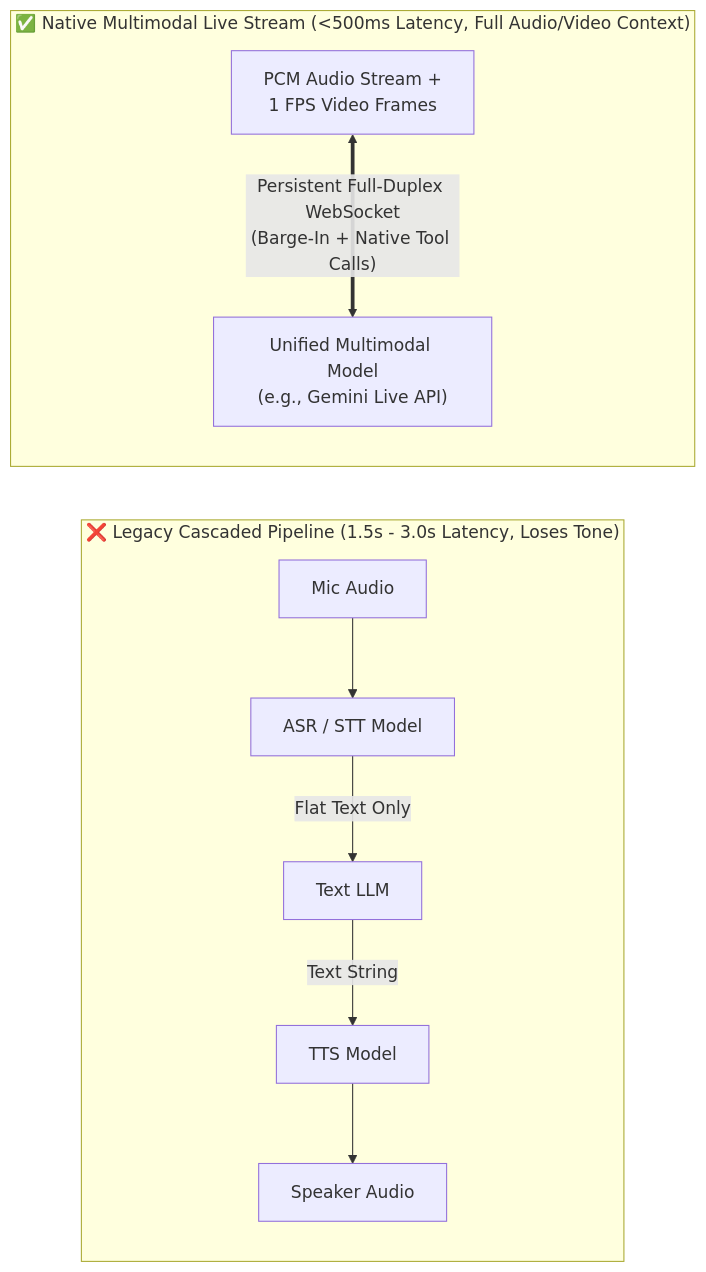
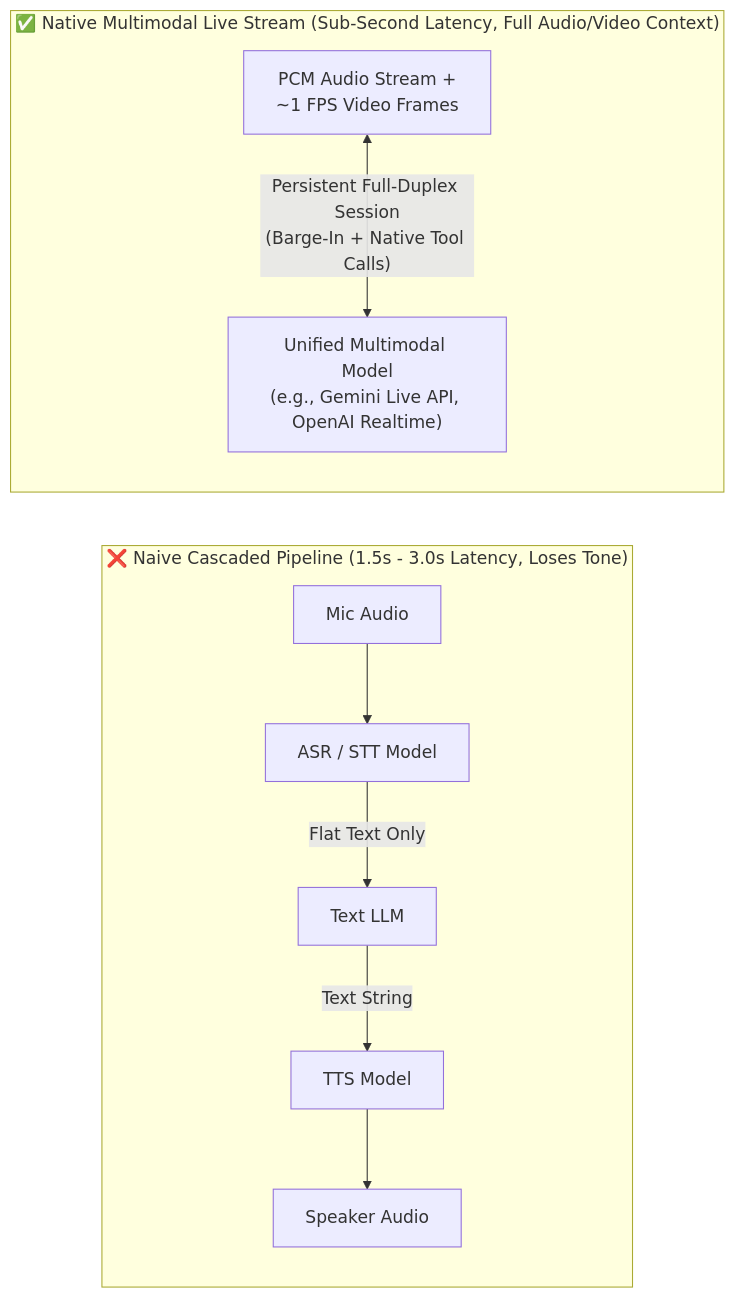
The first of 2 diagrams in chapter-14-multimodal-computer-use-and-streaming-agents.md (Rajdipc/agentic-ai-orchestration-patterns), drawn with Mermaid before and after one commit. The commit also changed other lines of this file and 18 other files, not shown here.

````diff
--- a/chapter-14-multimodal-computer-use-and-streaming-agents.md
+++ b/chapter-14-multimodal-computer-use-and-streaming-agents.md
@@ -28,13 +31,13 @@
 ```mermaid
 flowchart LR
-    subgraph Cascaded["❌ Legacy Cascaded Pipeline (1.5s - 3.0s Latency, Loses Tone)"]
+    subgraph Cascaded["❌ Naive Cascaded Pipeline (1.5s - 3.0s Latency, Loses Tone)"]
         A1["Mic Audio"] --> STT["ASR / STT Model"]
         STT -- "Flat Text Only" --> TLLM["Text LLM"]
         TLLM -- "Text String" --> TTS["TTS Model"]
         TTS --> Out1["Speaker Audio"]
     end
 
-    subgraph NativeLive["✅ Native Multimodal Live Stream (<500ms Latency, Full Audio/Video Context)"]
-        M1["PCM Audio Stream +\n1 FPS Video Frames"] <== "Persistent Full-Duplex WebSocket\n(Barge-In + Native Tool Calls)" ==> Live["Unified Multimodal Model\n(e.g., Gemini Live API)"]
+    subgraph NativeLive["✅ Native Multimodal Live Stream (Sub-Second Latency, Full Audio/Video Context)"]
+        M1["PCM Audio Stream +<br/>~1 FPS Video Frames"] <-->|"Persistent Full-Duplex Session<br/>(Barge-In + Native Tool Calls)"| Live["Unified Multimodal Model<br/>(e.g., Gemini Live API, OpenAI Realtime)"]
     end
 ```
````
